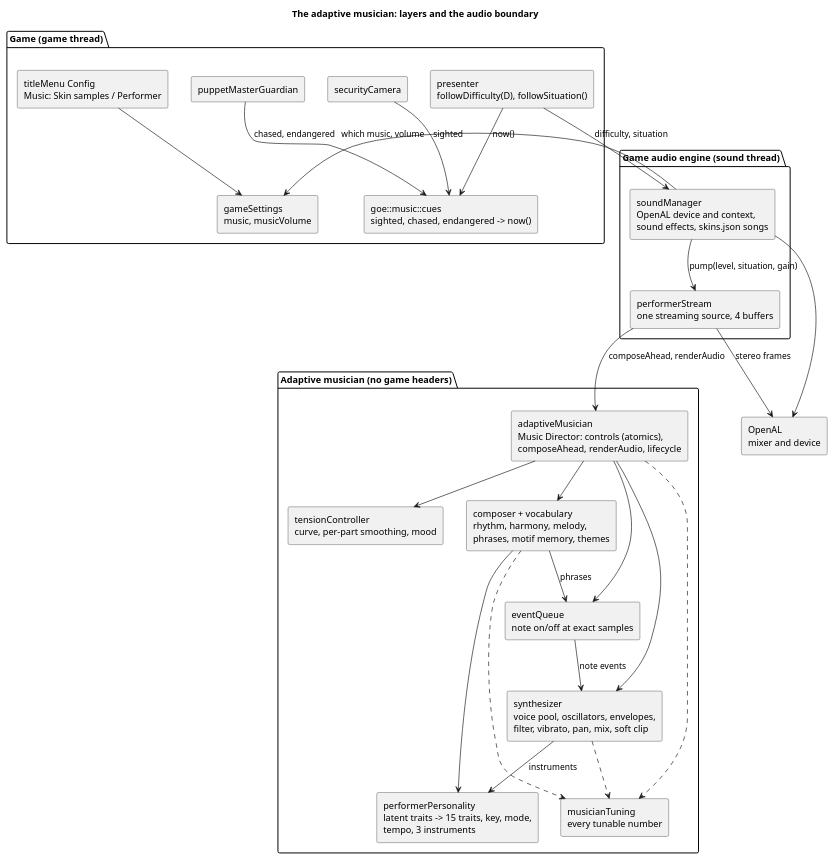
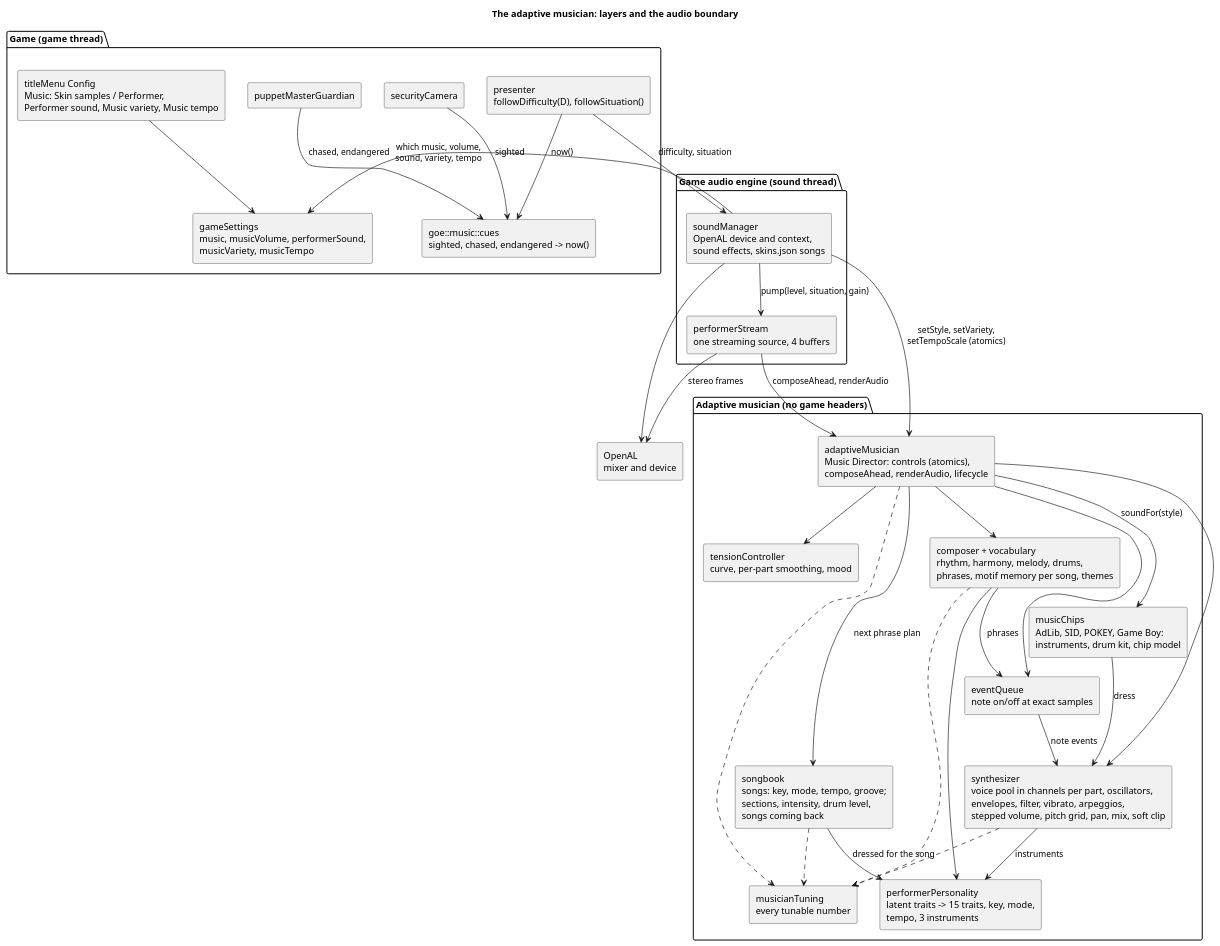
Before and after one commit to arielkonopka/Gardens-of-Eris: the diagram in docs/diagrams/15-musician-components.puml, drawn with PlantUML. The commit also changed 32 other files, not shown here.

```diff
--- a/docs/diagrams/15-musician-components.puml
+++ b/docs/diagrams/15-musician-components.puml
@@ -1,51 +1,59 @@
 @startuml
 title The adaptive musician: layers and the audio boundary
 skinparam componentStyle rectangle
 
 package "Game (game thread)" {
   [presenter\nfollowDifficulty(D), followSituation()] as pres
   [goe::music::cues\nsighted, chased, endangered -> now()] as cues
   [securityCamera] as cam
   [puppetMasterGuardian] as guard
-  [titleMenu Config\nMusic: Skin samples / Performer] as menu
-  [gameSettings\nmusic, musicVolume] as settings
+  [titleMenu Config\nMusic: Skin samples / Performer,\nPerformer sound, Music variety, Music tempo] as menu
+  [gameSettings\nmusic, musicVolume, performerSound,\nmusicVariety, musicTempo] as settings
 }
 
 package "Adaptive musician (no game headers)" {
   [adaptiveMusician\nMusic Director: controls (atomics),\ncomposeAhead, renderAudio, lifecycle] as director
   [tensionController\ncurve, per-part smoothing, mood] as tension
   [performerPersonality\nlatent traits -> 15 traits, key, mode,\ntempo, 3 instruments] as person
-  [composer + vocabulary\nrhythm, harmony, melody,\nphrases, motif memory, themes] as comp
+  [songbook\nsongs: key, mode, tempo, groove;\nsections, intensity, drum level,\nsongs coming back] as songs
+  [composer + vocabulary\nrhythm, harmony, melody, drums,\nphrases, motif memory per song, themes] as comp
+  [musicChips\nAdLib, SID, POKEY, Game Boy:\ninstruments, drum kit, chip model] as chips
   [eventQueue\nnote on/off at exact samples] as queue
-  [synthesizer\nvoice pool, oscillators, envelopes,\nfilter, vibrato, pan, mix, soft clip] as synth
+  [synthesizer\nvoice pool in channels per part, oscillators,\nenvelopes, filter, vibrato, arpeggios,\nstepped volume, pitch grid, pan, mix, soft clip] as synth
   [musicianTuning\nevery tunable number] as tuning
 }
 
 package "Game audio engine (sound thread)" {
   [soundManager\nOpenAL device and context,\nsound effects, skins.json songs] as sm
   [performerStream\none streaming source, 4 buffers] as stream
 }
 [OpenAL\nmixer and device] as openal
 
 cam --> cues : sighted
 guard --> cues : chased, endangered
 pres --> cues : now()
 pres --> sm : difficulty, situation
 menu --> settings
-sm --> settings : which music, volume
+sm --> settings : which music, volume,\nsound, variety, tempo
 sm --> stream : pump(level, situation, gain)
+sm --> director : setStyle, setVariety,\nsetTempoScale (atomics)
 stream --> director : composeAhead, renderAudio
 director --> tension
+director --> songs : next phrase plan
 director --> comp
+director --> chips : soundFor(style)
+chips --> synth : dress
+songs --> person : dressed for the song
 director --> queue
 director --> synth
 comp --> person
 comp --> queue : phrases
 queue --> synth : note events
 synth --> person : instruments
 director ..> tuning
 comp ..> tuning
+songs ..> tuning
 synth ..> tuning
 stream --> openal : stereo frames
 sm --> openal
 @enduml
```
